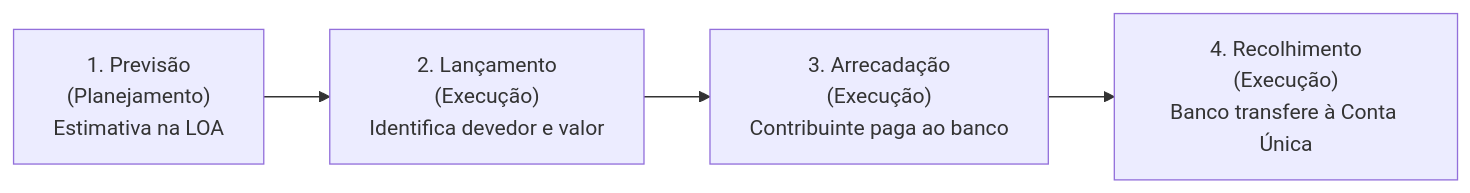
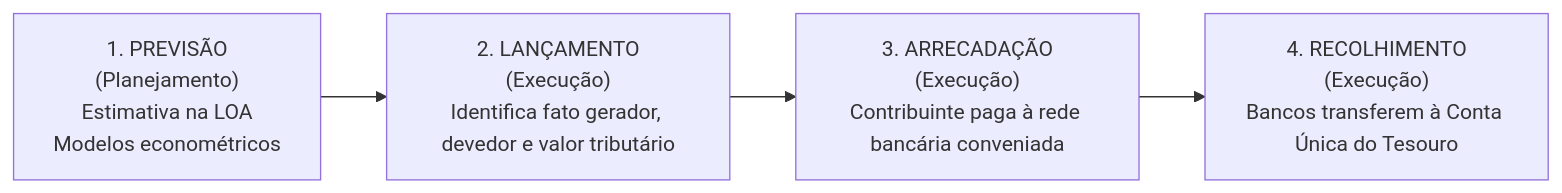
The second of 4 diagrams in fontes_de_estudo/conhecimentos_especificos_a01_tecnico_administrativo/19_nocoes_de_administracao_financeira_e_orcamentaria/02_receita_publica_estagios_fontes_e_classificacoes.md (thiagosantos346/TCE-GO-2027), drawn with Mermaid before and after one commit. The commit also changed other lines of this file and 119 other files, not shown here.

````diff
--- a/fontes_de_estudo/conhecimentos_especificos_a01_tecnico_administrativo/19_nocoes_de_administracao_financeira_e_orcamentaria/02_receita_publica_estagios_fontes_e_classificacoes.md
+++ b/fontes_de_estudo/conhecimentos_especificos_a01_tecnico_administrativo/19_nocoes_de_administracao_financeira_e_orcamentaria/02_receita_publica_estagios_fontes_e_classificacoes.md
@@ -106,6 +80,6 @@
 ```mermaid
 flowchart LR
-    Prev["1. Previsão<br/>(Planejamento)<br/>Estimativa na LOA"] --> Lanc["2. Lançamento<br/>(Execução)<br/>Identifica devedor e valor"]
-    Lanc --> Arrec["3. Arrecadação<br/>(Execução)<br/>Contribuinte paga ao banco"]
-    Arrec --> Recolh["4. Recolhimento<br/>(Execução)<br/>Banco transfere à Conta Única"]
+    Prev["1. PREVISÃO<br/>(Planejamento)<br/>Estimativa na LOA<br/>Modelos econométricos"] --> Lanc["2. LANÇAMENTO<br/>(Execução)<br/>Identifica fato gerador, devedor e valor tributário"]
+    Lanc --> Arrec["3. ARRECADAÇÃO<br/>(Execução)<br/>Contribuinte paga à rede bancária conveniada"]
+    Arrec --> Recolh["4. RECOLHIMENTO<br/>(Execução)<br/>Bancos transferem à Conta Única do Tesouro"]
 ```
````
